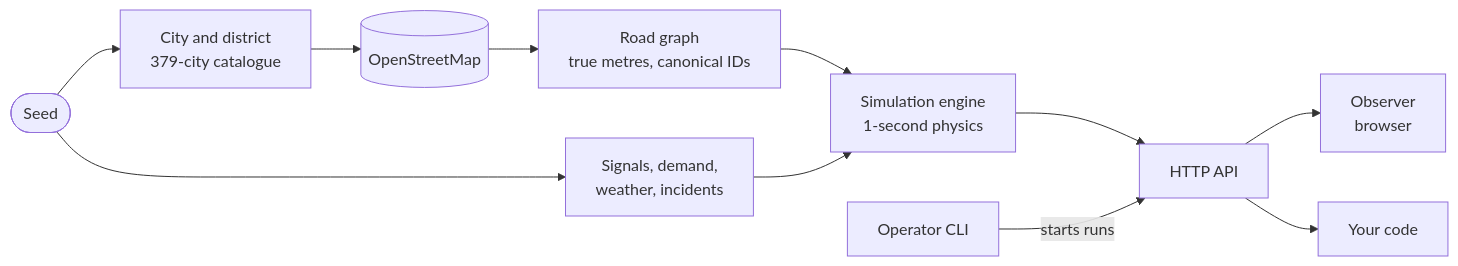
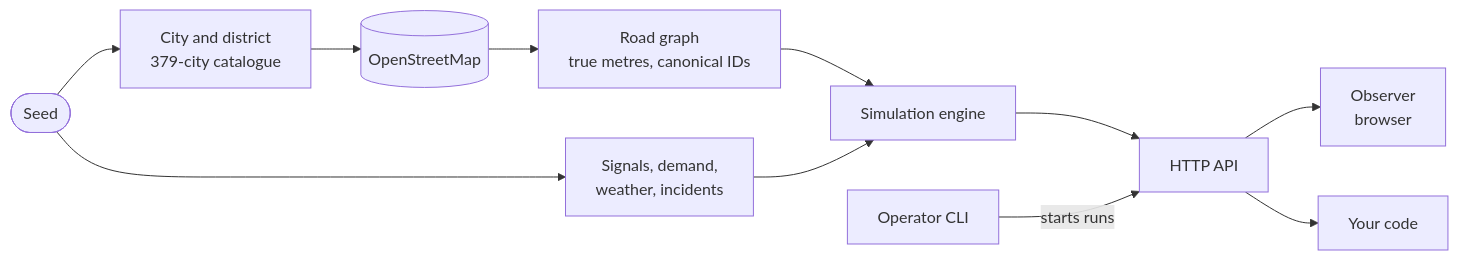
Before and after one commit to varunkarthic/DSTNS: the diagram in docs/index.md, drawn with Mermaid. The commit also changed other lines of this file and 12 other files, not shown here.

````diff
--- a/docs/index.md
+++ b/docs/index.md
@@ -157,13 +156,13 @@
 ```mermaid
 flowchart LR
     Seed(["Seed"]) --> Place["City and district<br/>379-city catalogue"]
     Place --> OSM[("OpenStreetMap")]
     OSM --> Graph["Road graph<br/>true metres, canonical IDs"]
     Seed --> Sched["Signals, demand,<br/>weather, incidents"]
-    Graph --> Engine["Simulation engine<br/>1-second physics"]
+    Graph --> Engine["Simulation engine"]
     Sched --> Engine
     Engine --> API["HTTP API"]
     API --> Observer["Observer<br/>browser"]
     API --> Client["Your code"]
     CLI["Operator CLI"] -- "starts runs" --> API
 ```
````
